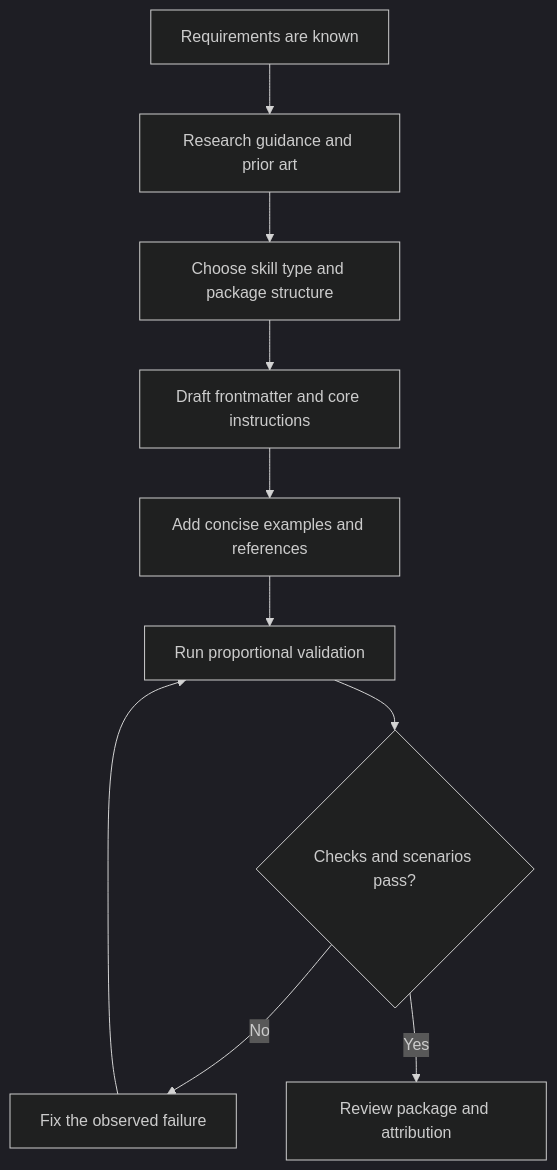
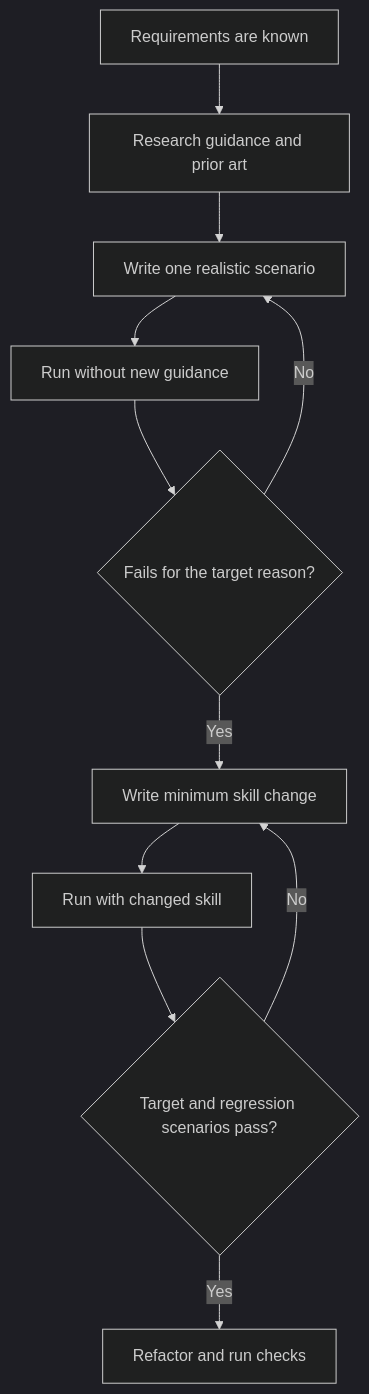
The diagram in plugins/kaleb-skills/skills/create-skill/SKILL.md (KalebCole/kaleb-marketplace), drawn with Mermaid (dark theme) before and after one commit. The commit also changed other lines of this file and 4 other files, not shown here.

````diff
--- a/plugins/kaleb-skills/skills/create-skill/SKILL.md
+++ b/plugins/kaleb-skills/skills/create-skill/SKILL.md
@@ -79,12 +83,13 @@
 ```mermaid
 flowchart TD
     A[Requirements are known] --> B[Research guidance and prior art]
-    B --> C[Choose skill type and package structure]
-    C --> D[Draft frontmatter and core instructions]
-    D --> E[Add concise examples and references]
-    E --> F[Run proportional validation]
-    F --> G{Checks and scenarios pass?}
-    G -- No --> H[Fix the observed failure]
-    H --> F
-    G -- Yes --> I[Review package and attribution]
+    B --> C[Write one realistic scenario]
+    C --> D[Run without new guidance]
+    D --> E{Fails for the target reason?}
+    E -- No --> C
+    E -- Yes --> F[Write minimum skill change]
+    F --> G[Run with changed skill]
+    G --> H{Target and regression scenarios pass?}
+    H -- No --> F
+    H -- Yes --> I[Refactor and run checks]
 ```
````
